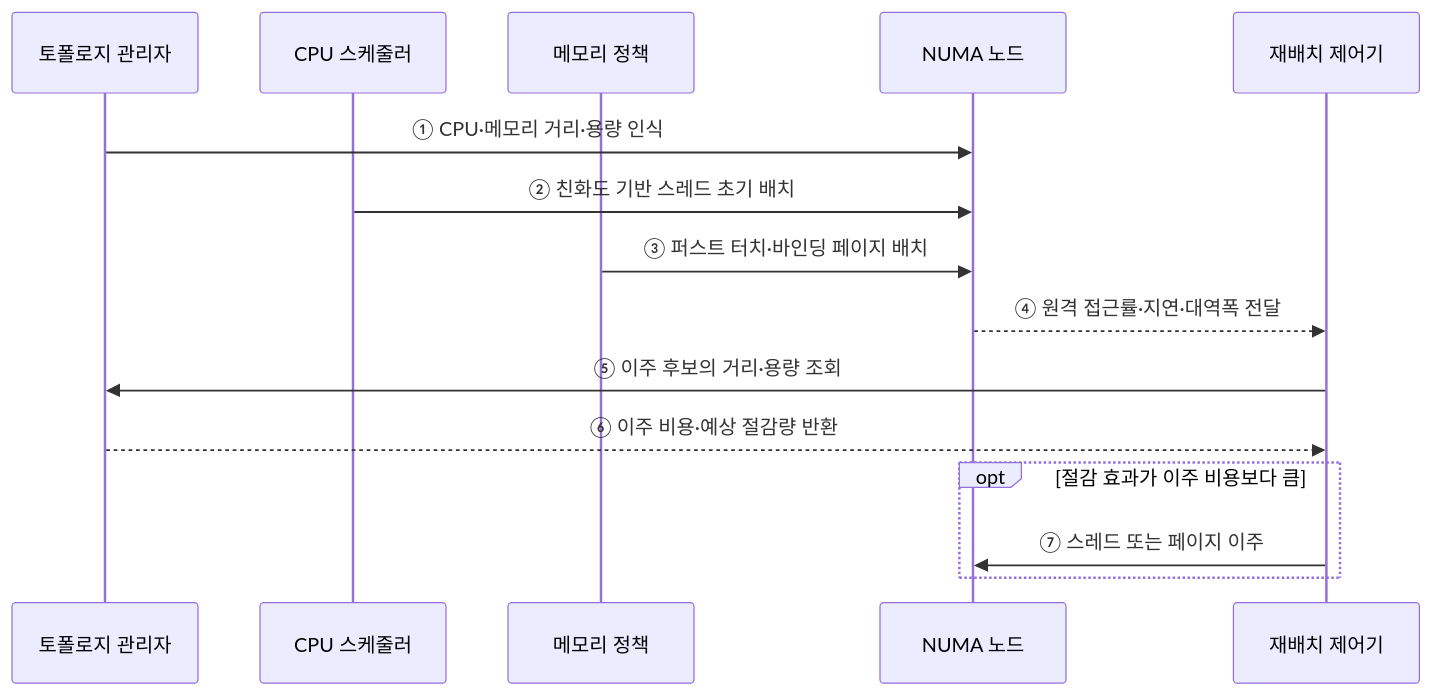
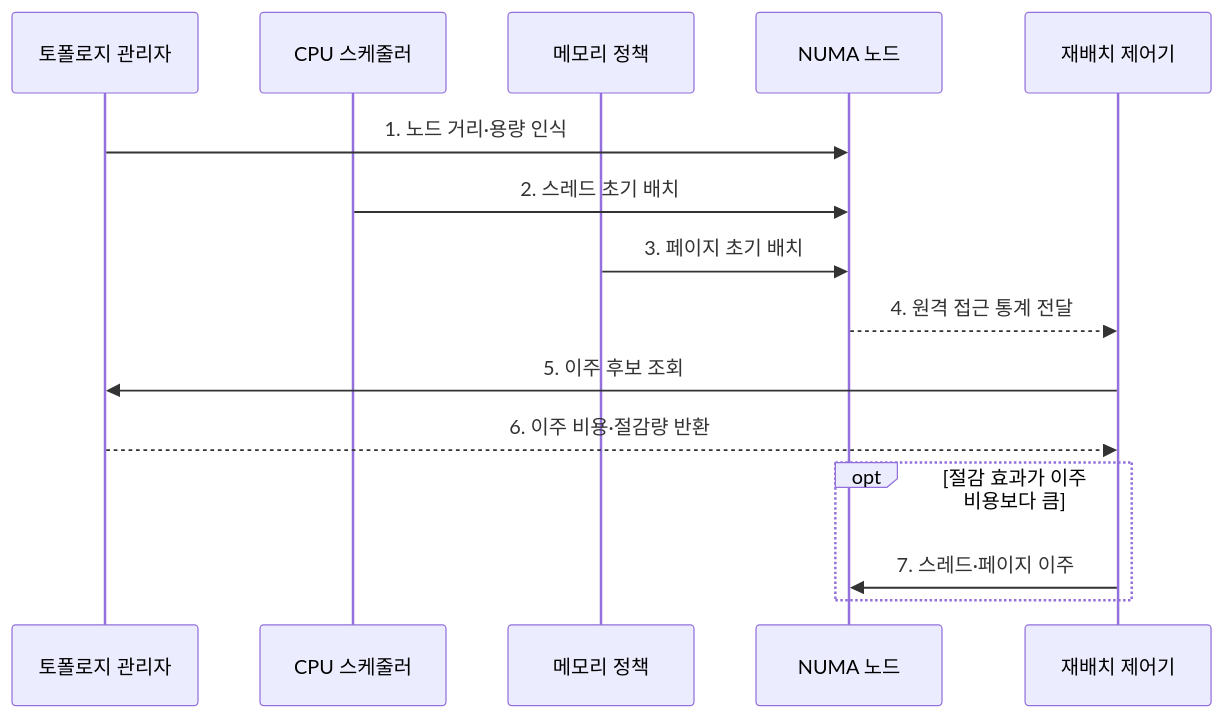
The second of 2 diagrams in src/content/docs/notes/03-software/029_numa_aware_scheduling.md (agnusdei1207/knowledge-base), drawn with Mermaid before and after one commit. The commit also changed other lines of this file and 20 other files, not shown here.

````diff
--- a/src/content/docs/notes/03-software/029_numa_aware_scheduling.md
+++ b/src/content/docs/notes/03-software/029_numa_aware_scheduling.md
@@ -90,17 +87,17 @@
 ```mermaid
 sequenceDiagram
     participant T as 토폴로지 관리자
     participant S as CPU 스케줄러
     participant M as 메모리 정책
     participant N as NUMA 노드
     participant R as 재배치 제어기
-    T->>N: ① CPU·메모리 거리·용량 인식
-    S->>N: ② 친화도 기반 스레드 초기 배치
-    M->>N: ③ 퍼스트 터치·바인딩 페이지 배치
-    N-->>R: ④ 원격 접근률·지연·대역폭 전달
-    R->>T: ⑤ 이주 후보의 거리·용량 조회
-    T-->>R: ⑥ 이주 비용·예상 절감량 반환
+    T->>N: 1. 노드 거리·용량 인식
+    S->>N: 2. 스레드 초기 배치
+    M->>N: 3. 페이지 초기 배치
+    N-->>R: 4. 원격 접근 통계 전달
+    R->>T: 5. 이주 후보 조회
+    T-->>R: 6. 이주 비용·절감량 반환
     opt 절감 효과가 이주 비용보다 큼
-        R->>N: ⑦ 스레드 또는 페이지 이주
+        R->>N: 7. 스레드·페이지 이주
     end
 ```
````
